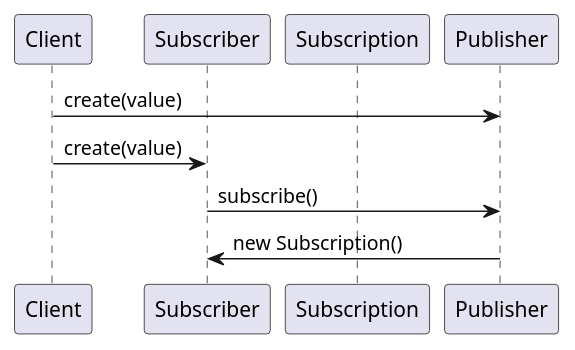
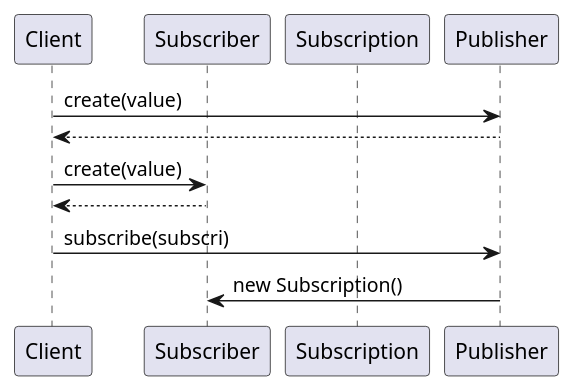
The diagram in _diary/2024-06-18.md (yanghoon/obsidian-workspace), drawn with PlantUML before and after one commit.

Commit message:
vault backup: 2024-06-19 00:03:40

````diff
--- a/_diary/2024-06-18.md
+++ b/_diary/2024-06-18.md
@@ -3,15 +3,18 @@
 ```plantuml
 @startuml
 
 participant Client as Client
 participant Subscriber as Sub
 participant Subscription as Subn
 participant Publisher as Pub
 
 Client -> Pub: create(value)
+Client <-- Pub
 Client -> Sub: create(value)
-Sub -> Pub: subscribe()
+Client <-- Sub
+
+Client -> Pub: subscribe(subscri)
 Pub -> Sub: new Subscription()
 
 @enduml
 ```
````
